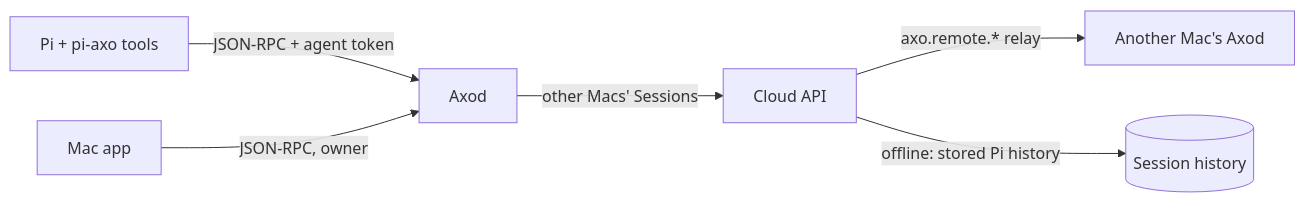
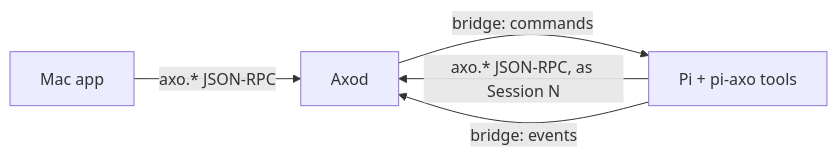
One commit to leostera/axo changed the diagram in docs/rfds/RFD0015-sessions-as-axo-clients.md. Above: the diagram before and after it, drawn with Mermaid. The commit also changed other lines of this file, not shown here.

Commit message:
docs: simplify RFD0015 to identification, transcript files and Pi as Axod client

````diff
--- a/docs/rfds/RFD0015-sessions-as-axo-clients.md
+++ b/docs/rfds/RFD0015-sessions-as-axo-clients.md
@@ -71,8 +60,7 @@
 ```mermaid
 flowchart LR
-  Pi[Pi + pi-axo tools] -->|JSON-RPC + agent token| Axod
-  App[Mac app] -->|JSON-RPC, owner| Axod
-  Axod -->|other Macs' Sessions| API[Cloud API]
-  API -->|axo.remote.* relay| OtherAxod[Another Mac's Axod]
-  API -->|offline: stored Pi history| Store[(Session history)]
+  App[Mac app] -->|axo.* JSON-RPC| Axod
+  Pi[Pi + pi-axo tools] -->|axo.* JSON-RPC, as Session N| Axod
+  Axod -->|bridge: commands| Pi
+  Pi -->|bridge: events| Axod
 ```
````
